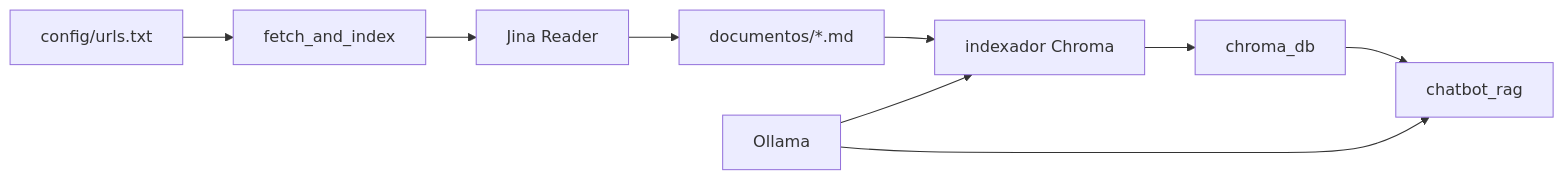
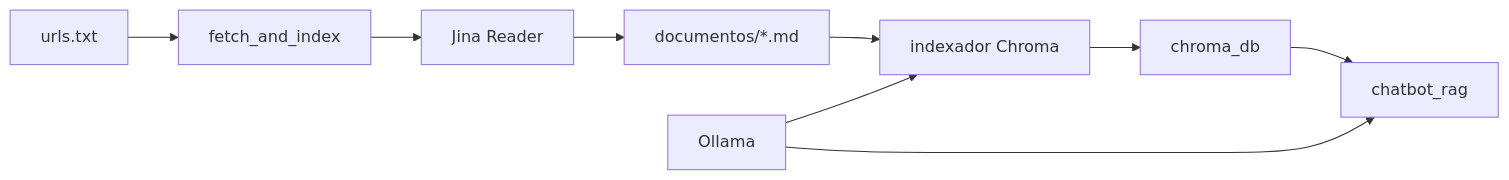
One commit to enriquetecfan11/ai-agents changed the diagram in README.md. Above: the diagram before and after it, drawn with Mermaid. The commit also changed other lines of this file and 84 other files, not shown here.

````diff
--- a/README.md
+++ b/README.md
@@ -148,11 +147,11 @@
 ```mermaid
 flowchart LR
-    urls[config/urls.txt] --> fetch[fetch_and_index]
+    urls[urls.txt] --> fetch[fetch_and_index]
     fetch --> jina[Jina Reader]
     jina --> docs[documentos/*.md]
     docs --> ingest[indexador Chroma]
     ingest --> chroma[chroma_db]
     chroma --> rag[chatbot_rag]
     ollama[Ollama] --> ingest
     ollama --> rag
 ```
````
